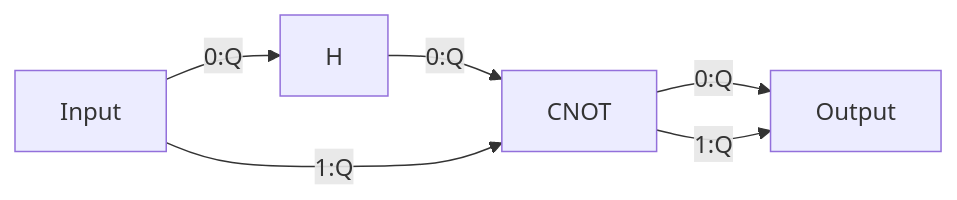
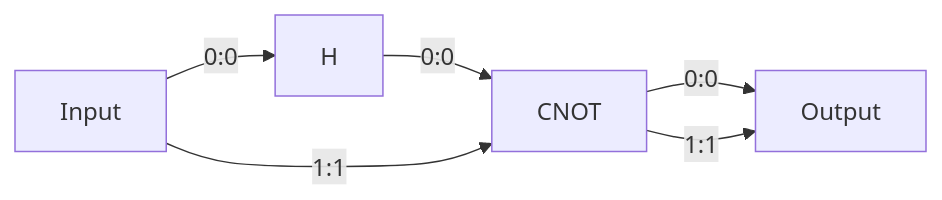
Before and after one commit to CQCL/hugr: the diagram in specification/hugr.md, drawn with Mermaid. The commit also changed other lines of this file, not shown here.

Commit message:
digram clarification

````diff
--- a/specification/hugr.md
+++ b/specification/hugr.md
@@ -104,8 +104,8 @@
 ```mermaid
 graph  LR
-    Input -->|0:Q| H
-    H -->|0:Q| CNOT
-    Input -->|1:Q| CNOT
-    CNOT -->|0:Q| Output
-    CNOT -->|1:Q| Output
+    Input -->|0:0| H
+    H -->|0:0| CNOT
+    Input -->|1:1| CNOT
+    CNOT -->|0:0| Output
+    CNOT -->|1:1| Output
 ```
````
